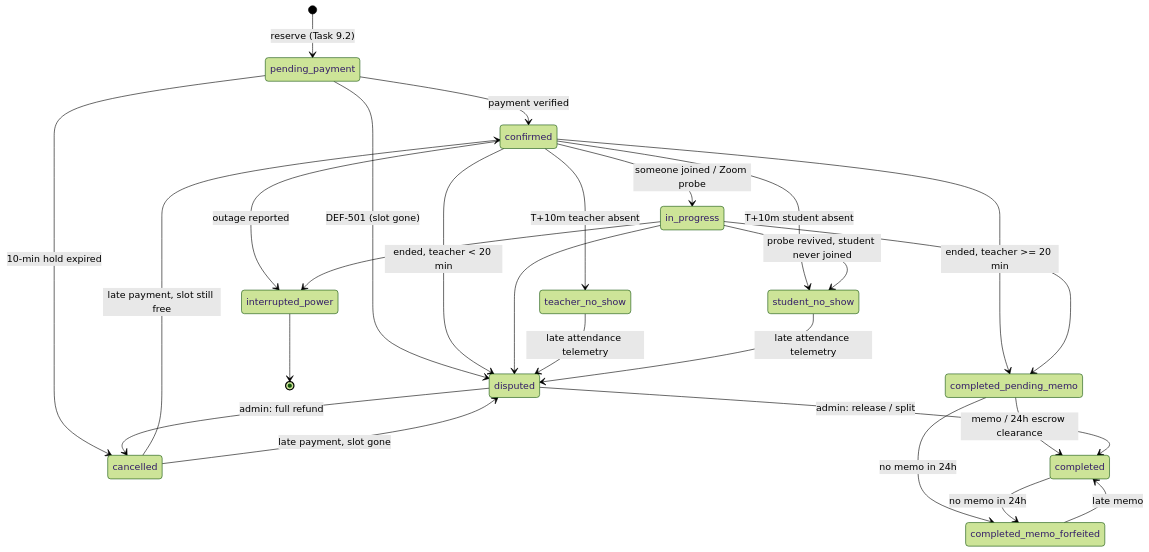
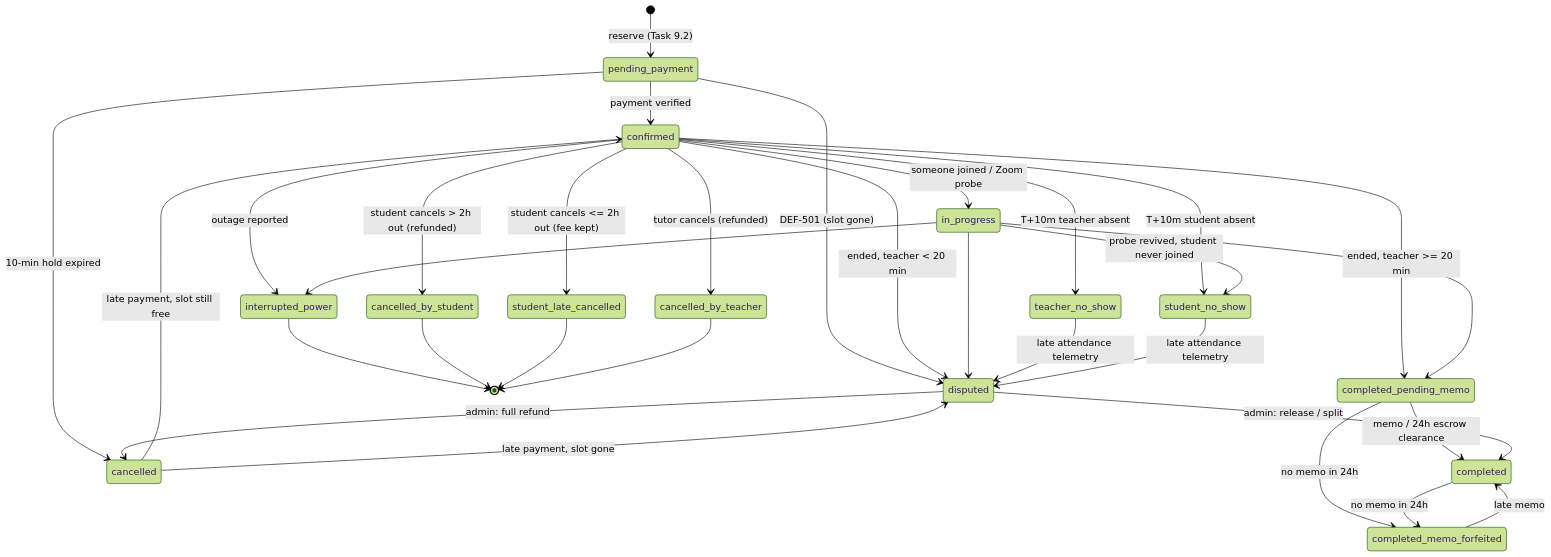
Before and after one commit to sharonremotedeveloper/SharonOnline: the diagram in docs/BOOKING_STATE_MACHINE.md, drawn with Mermaid (forest theme). The commit also changed other lines of this file and 56 other files, not shown here.

````diff
--- a/docs/BOOKING_STATE_MACHINE.md
+++ b/docs/BOOKING_STATE_MACHINE.md
@@ -22,28 +22,34 @@
 ```mermaid
 stateDiagram-v2
     [*] --> pending_payment: reserve (Task 9.2)
     pending_payment --> confirmed: payment verified
     pending_payment --> cancelled: 10-min hold expired
     pending_payment --> disputed: DEF-501 (slot gone)
     cancelled --> confirmed: late payment, slot still free
     cancelled --> disputed: late payment, slot gone
     confirmed --> in_progress: someone joined / Zoom probe
     confirmed --> teacher_no_show: T+10m teacher absent
     confirmed --> student_no_show: T+10m student absent
     confirmed --> interrupted_power: outage reported
+    confirmed --> cancelled_by_student: student cancels > 2h out (refunded)
+    confirmed --> student_late_cancelled: student cancels <= 2h out (fee kept)
+    confirmed --> cancelled_by_teacher: tutor cancels (refunded)
     confirmed --> completed_pending_memo: ended, teacher >= 20 min
     confirmed --> disputed: ended, teacher < 20 min
     in_progress --> completed_pending_memo
     in_progress --> disputed
     in_progress --> interrupted_power
     in_progress --> student_no_show: probe revived, student never joined
     teacher_no_show --> disputed: late attendance telemetry
     student_no_show --> disputed: late attendance telemetry
     completed_pending_memo --> completed: memo / 24h escrow clearance
     completed_pending_memo --> completed_memo_forfeited: no memo in 24h
     completed --> completed_memo_forfeited: no memo in 24h
     completed_memo_forfeited --> completed: late memo
     disputed --> cancelled: admin: full refund
     disputed --> completed: admin: release / split
     interrupted_power --> [*]
+    cancelled_by_student --> [*]
+    student_late_cancelled --> [*]
+    cancelled_by_teacher --> [*]
 ```
````
